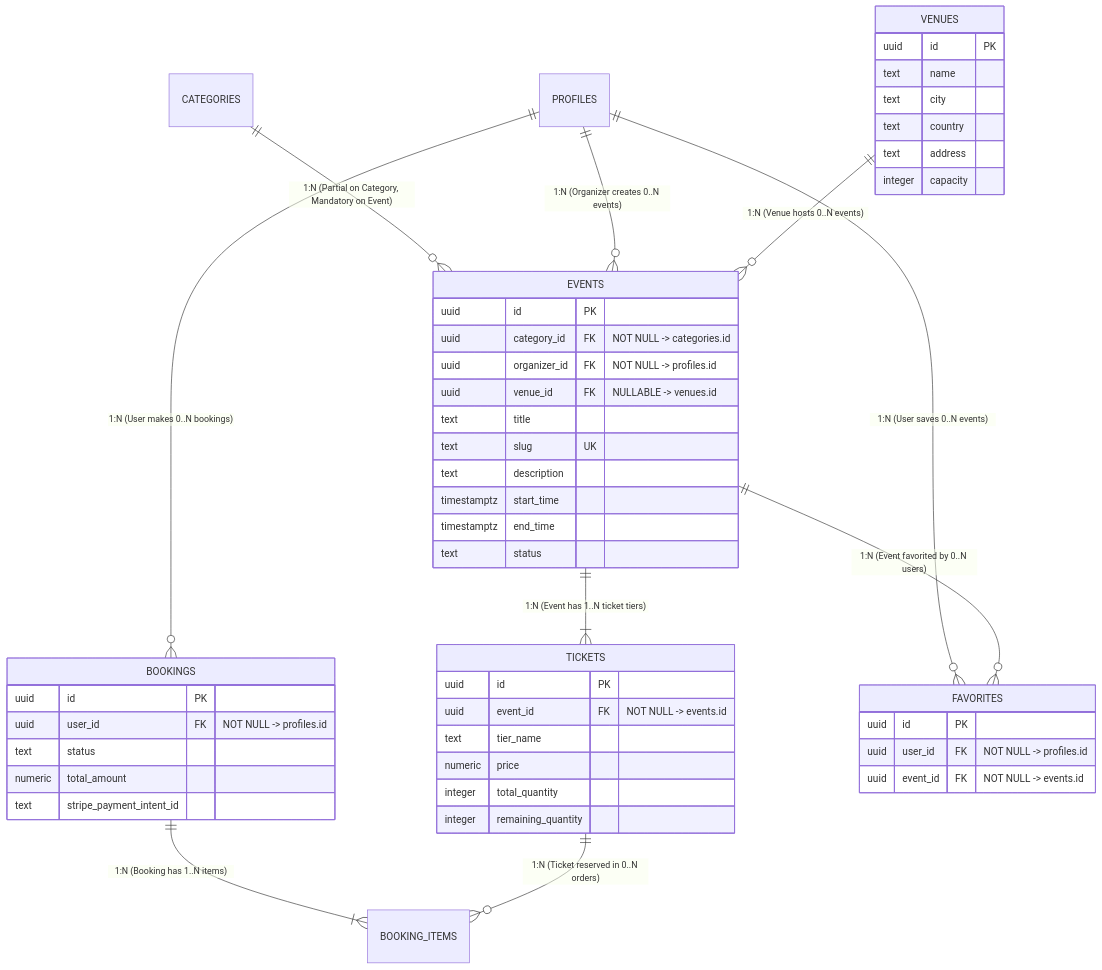
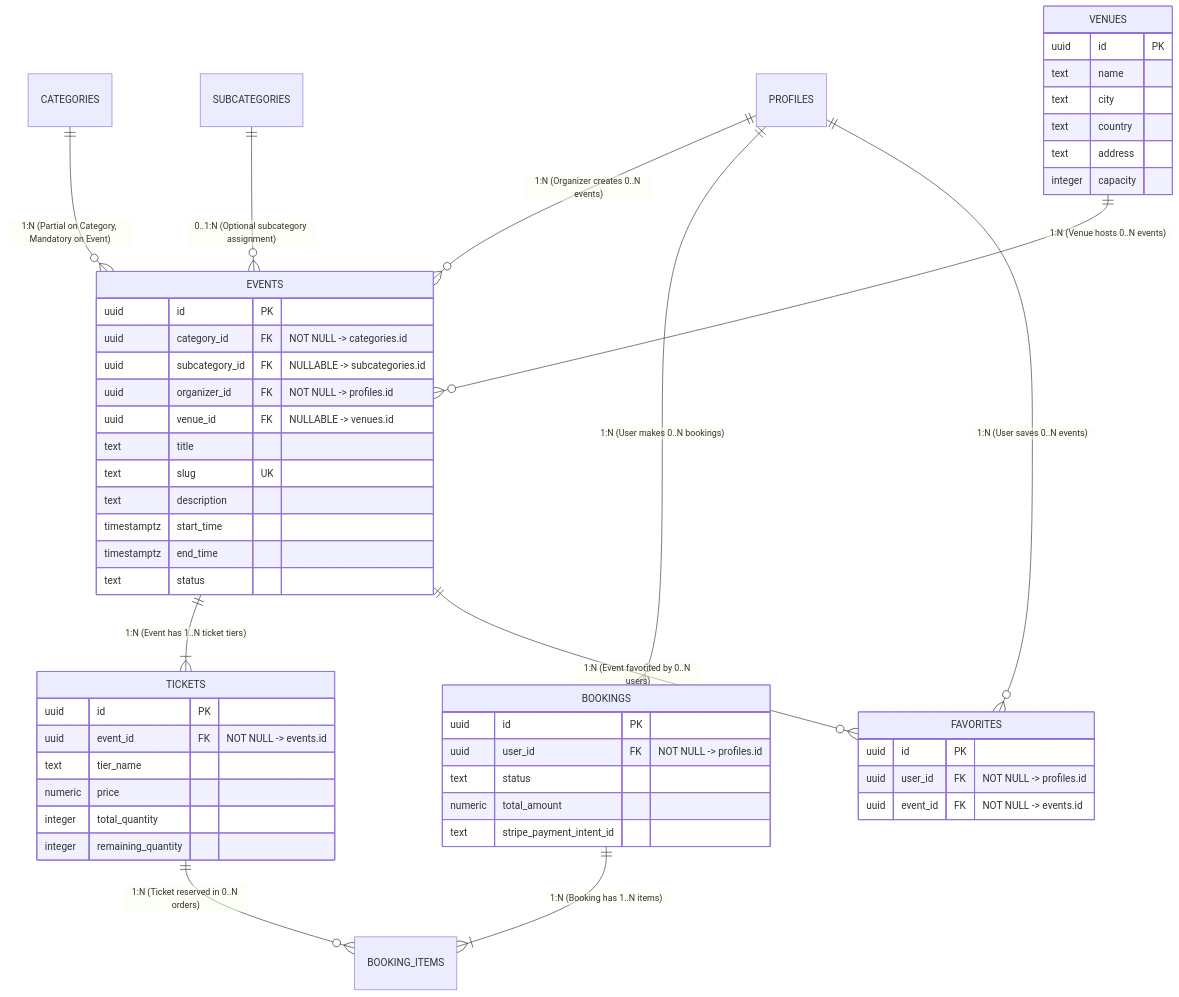
One commit to AbdullahAhmed903/Tiqora changed the fourth of 4 diagrams in docs/DB_STRUCTURE.md. Above: the diagram before and after it, drawn with Mermaid. The commit also changed other lines of this file and 3 other files, not shown here.

````diff
--- a/docs/DB_STRUCTURE.md
+++ b/docs/DB_STRUCTURE.md
@@ -387,57 +449,59 @@
 ```mermaid
 erDiagram
     CATEGORIES ||--o{ EVENTS : "1:N (Partial on Category, Mandatory on Event)"
+    SUBCATEGORIES ||--o{ EVENTS : "0..1:N (Optional subcategory assignment)"
     PROFILES ||--o{ EVENTS : "1:N (Organizer creates 0..N events)"
     EVENTS ||--|{ TICKETS : "1:N (Event has 1..N ticket tiers)"
     VENUES ||--o{ EVENTS : "1:N (Venue hosts 0..N events)"
     PROFILES ||--o{ BOOKINGS : "1:N (User makes 0..N bookings)"
     BOOKINGS ||--|{ BOOKING_ITEMS : "1:N (Booking has 1..N items)"
     TICKETS ||--o{ BOOKING_ITEMS : "1:N (Ticket reserved in 0..N orders)"
     PROFILES ||--o{ FAVORITES : "1:N (User saves 0..N events)"
     EVENTS ||--o{ FAVORITES : "1:N (Event favorited by 0..N users)"
 
     EVENTS {
         uuid id PK
         uuid category_id FK "NOT NULL -> categories.id"
+        uuid subcategory_id FK "NULLABLE -> subcategories.id"
         uuid organizer_id FK "NOT NULL -> profiles.id"
         uuid venue_id FK "NULLABLE -> venues.id"
         text title
         text slug UK
         text description
         timestamptz start_time
         timestamptz end_time
         text status
     }
 
     VENUES {
         uuid id PK
         text name
         text city
         text country
         text address
         integer capacity
     }
 
     TICKETS {
         uuid id PK
         uuid event_id FK "NOT NULL -> events.id"
         text tier_name
         numeric price
         integer total_quantity
         integer remaining_quantity
     }
 
     BOOKINGS {
         uuid id PK
         uuid user_id FK "NOT NULL -> profiles.id"
         text status
         numeric total_amount
         text stripe_payment_intent_id
     }
 
     FAVORITES {
         uuid id PK
         uuid user_id FK "NOT NULL -> profiles.id"
         uuid event_id FK "NOT NULL -> events.id"
     }
 ```
````
